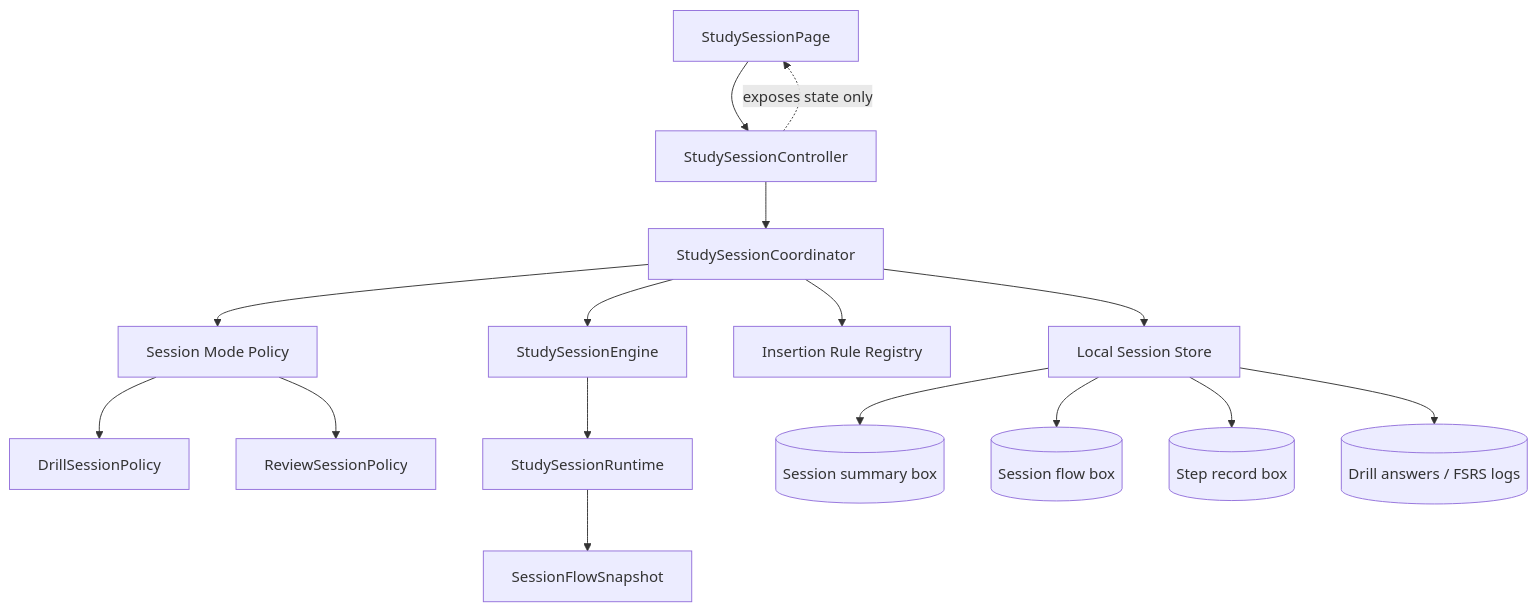
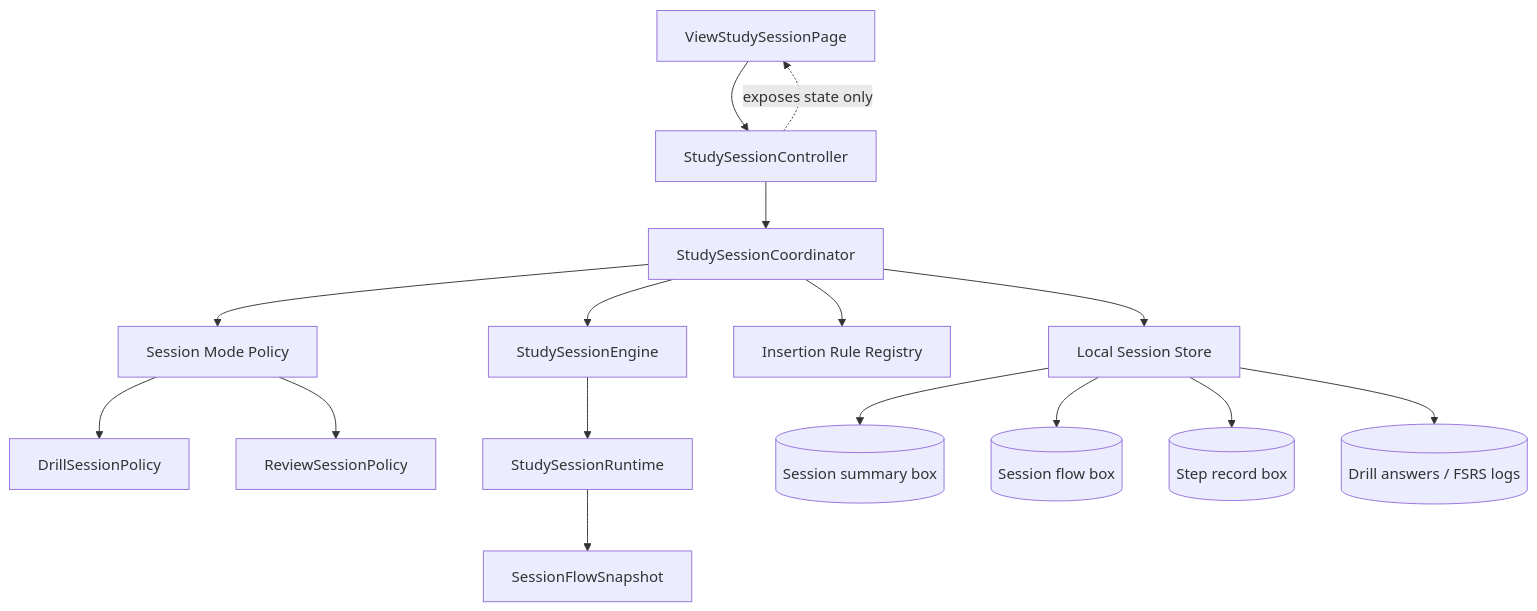
One commit to GuyWithBag/boo_mondai changed the first of 8 diagrams in lib/features/study_session/documentation/architecture.md. Above: the diagram before and after it, drawn with Mermaid. The commit also changed other lines of this file and 48 other files, not shown here.

Commit message:
feat(study): split session flow into study and result views

````diff
--- a/lib/features/study_session/documentation/architecture.md
+++ b/lib/features/study_session/documentation/architecture.md
@@ -55,22 +55,22 @@
 ```mermaid
 flowchart TD
-    UI[StudySessionPage] --> Controller[StudySessionController]
+    UI[ViewStudySessionPage] --> Controller[StudySessionController]
     Controller --> Coordinator[StudySessionCoordinator]
     Coordinator --> Engine[StudySessionEngine]
     Coordinator --> Policy[Session Mode Policy]
     Coordinator --> Rules[Insertion Rule Registry]
     Coordinator --> Store[Local Session Store]
 
     Policy --> DrillPolicy[DrillSessionPolicy]
     Policy --> ReviewPolicy[ReviewSessionPolicy]
 
     Engine --> Runtime[StudySessionRuntime]
     Runtime --> Snapshot[SessionFlowSnapshot]
 
     Store --> SessionBox[(Session summary box)]
     Store --> FlowBox[(Session flow box)]
     Store --> RecordBox[(Step record box)]
     Store --> ExistingBoxes[(Drill answers / FSRS logs)]
 
     Controller -. exposes state only .-> UI
 ```
````
